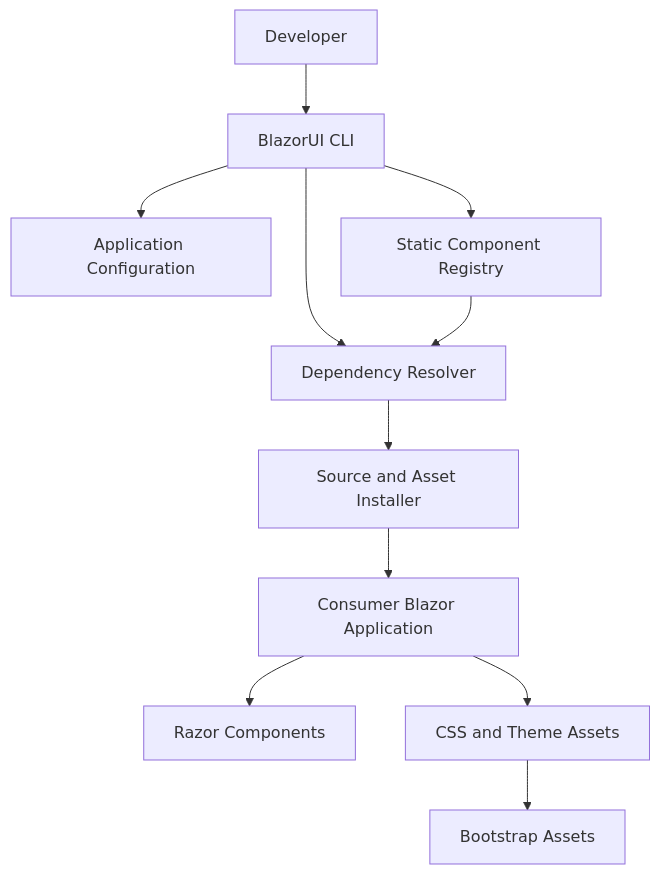
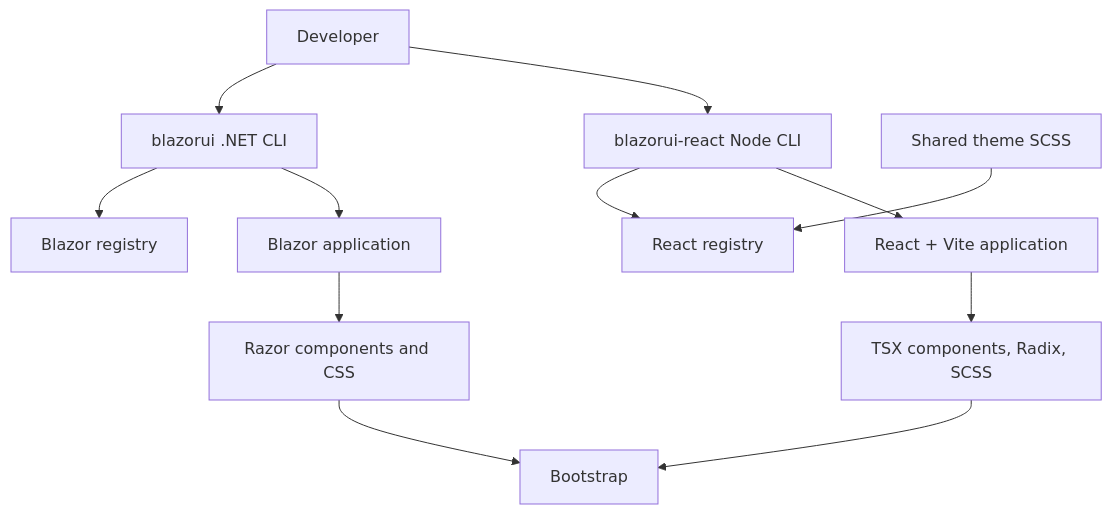
The diagram in ARCHITECTURE.md (raxui/RaxUI), drawn with Mermaid before and after one commit. The commit also changed other lines of this file and 4 other files, not shown here.

First line of the commit message:
docs: add React library with shared theme (ADR 005, ADR 006)

````diff
--- a/ARCHITECTURE.md
+++ b/ARCHITECTURE.md
@@ -33,13 +33,14 @@
 ```mermaid
 flowchart TD
-    Dev[Developer] --> CLI[BlazorUI CLI]
-    CLI --> Config[Application Configuration]
-    CLI --> Registry[Static Component Registry]
-    CLI --> Resolver[Dependency Resolver]
-    Registry --> Resolver
-    Resolver --> Installer[Source and Asset Installer]
-    Installer --> App[Consumer Blazor Application]
-    App --> Components[Razor Components]
-    App --> Styles[CSS and Theme Assets]
-    Styles --> Bootstrap[Bootstrap Assets]
+    Dev[Developer] --> DotnetCLI[blazorui .NET CLI]
+    Dev --> NodeCLI[blazorui-react Node CLI]
+    Theme[Shared theme SCSS] --> ReactRegistry
+    DotnetCLI --> BlazorRegistry[Blazor registry]
+    NodeCLI --> ReactRegistry[React registry]
+    DotnetCLI --> BlazorApp[Blazor application]
+    NodeCLI --> ReactApp[React + Vite application]
+    BlazorApp --> Razor[Razor components and CSS]
+    ReactApp --> Tsx[TSX components, Radix, SCSS]
+    Razor --> Bootstrap[Bootstrap]
+    Tsx --> Bootstrap
 ```
````
